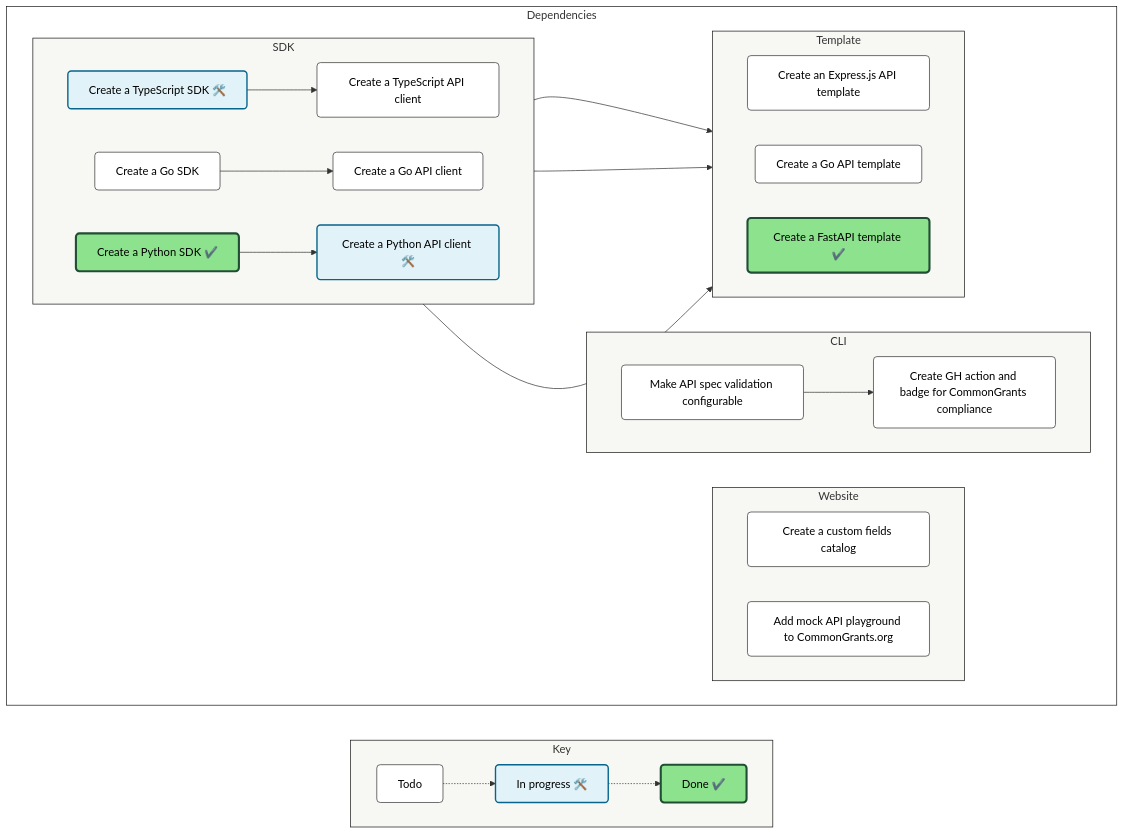
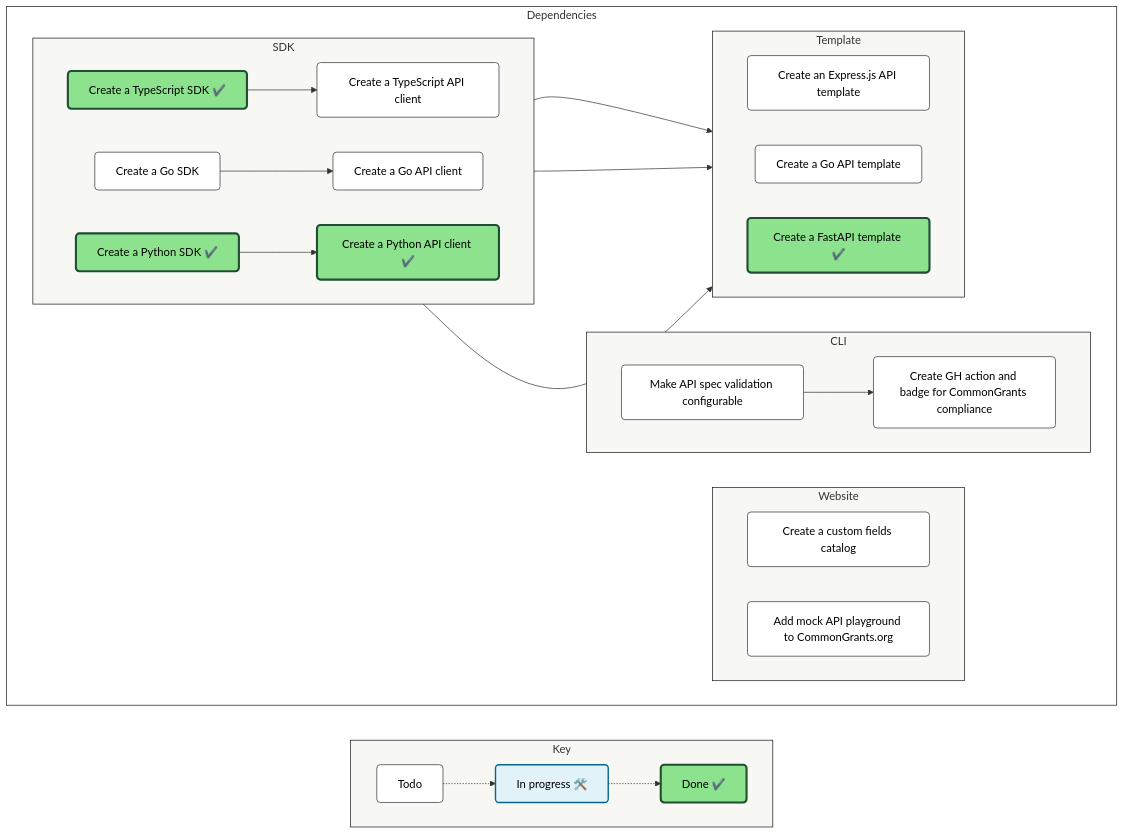
The diagram in README.md (HHS/simpler-grants-protocol), drawn with Mermaid before and after one commit.

Commit message:
docs: Update README with dependency diagram [skip ci]

````diff
--- a/README.md
+++ b/README.md
@@ -43,83 +43,83 @@
 ```mermaid
 
 flowchart LR
 
   %% ─────────────────────────────
   %% Styles
   %% ─────────────────────────────
   classDef default fill:#fff,stroke:#333,stroke-width:1px,color:#000,rx:5,ry:5
   classDef InProgress fill:#e1f3f8,stroke:#07648d,stroke-width:2px,color:#000
   classDef Done fill:#8DE28D,stroke:#204e34,stroke-width:3px,color:#000
   style Canvas fill:transparent,stroke:#171716
   style Legend fill:#F7F7F4,stroke:#171716
   style sdk fill:#F7F7F4,stroke:#171716
   style website fill:#F7F7F4,stroke:#171716
   style cli fill:#F7F7F4,stroke:#171716
   style template fill:#F7F7F4,stroke:#171716
 
   %% ─────────────────────────────
   %% Legend
   %% ─────────────────────────────
   subgraph Legend["Key"]
     direction LR
     k1["Todo"]
     k2["In progress 🛠️ "]:::InProgress
     k3["Done ✔️"]:::Done
 
     k1 -.-> k2 -.-> k3
   end
 
   %% ─────────────────────────────
   %% Main canvas
   %% ─────────────────────────────
   subgraph Canvas["Dependencies"]
     direction LR
 
 
     subgraph sdk["SDK"]
     direction LR
-        HHS/simpler-grants-protocol#321["Create a TypeScript SDK 🛠️"]:::InProgress
+        HHS/simpler-grants-protocol#321["Create a TypeScript SDK ✔️"]:::Done
         HHS/simpler-grants-protocol#323["Create a Go SDK"]
-        HHS/simpler-grants-protocol#324["Create a Python API client 🛠️"]:::InProgress
+        HHS/simpler-grants-protocol#324["Create a Python API client ✔️"]:::Done
         HHS/simpler-grants-protocol#328["Create a TypeScript API client"]
         HHS/simpler-grants-protocol#329["Create a Go API client"]
         HHS/simpler-grants-protocol#342["Create a Python SDK ✔️"]:::Done
     end
 
 
     subgraph website["Website"]
     direction LR
         HHS/simpler-grants-protocol#330["Create a custom fields catalog"]
         HHS/simpler-grants-protocol#334["Add mock API playground to CommonGrants.org"]
     end
 
 
     subgraph cli["CLI"]
     direction LR
         HHS/simpler-grants-protocol#331["Make API spec validation configurable"]
         HHS/simpler-grants-protocol#335["Create GH action and badge for CommonGrants compliance"]
     end
 
 
     subgraph template["Template"]
     direction LR
         HHS/simpler-grants-protocol#332["Create an Express.js API template"]
         HHS/simpler-grants-protocol#333["Create a Go API template"]
         HHS/simpler-grants-protocol#343["Create a FastAPI template ✔️"]:::Done
     end
 
 
     %% ─────────────────────────────
     %% Relationships
     %% ─────────────────────────────
     HHS/simpler-grants-protocol#321 --> HHS/simpler-grants-protocol#332
     HHS/simpler-grants-protocol#321 --> HHS/simpler-grants-protocol#328
     HHS/simpler-grants-protocol#323 --> HHS/simpler-grants-protocol#333
     HHS/simpler-grants-protocol#323 --> HHS/simpler-grants-protocol#329
     HHS/simpler-grants-protocol#331 --> HHS/simpler-grants-protocol#335
     HHS/simpler-grants-protocol#342 --> HHS/simpler-grants-protocol#343
     HHS/simpler-grants-protocol#342 --> HHS/simpler-grants-protocol#324
 
   end
 
 ```
````
